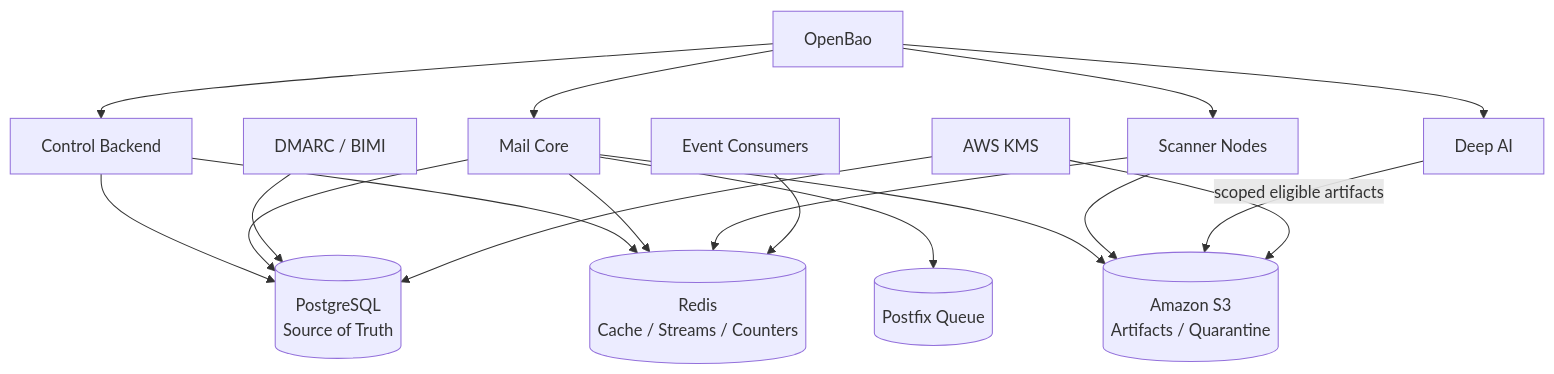
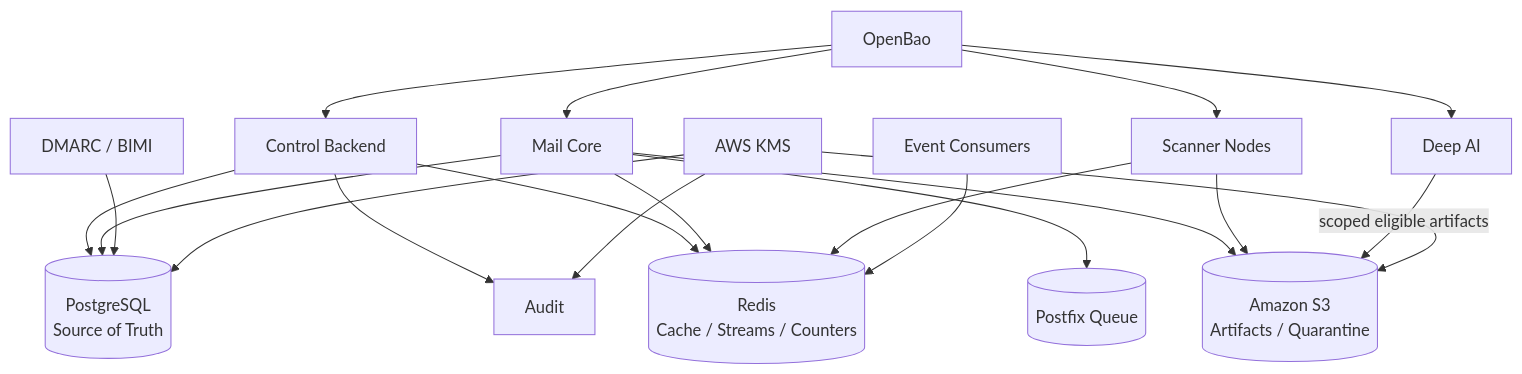
One commit to Oba-SEG/Nullapart changed the diagram in docs/diagrams/06-data-storage-flow.mmd. Above: the diagram before and after it, drawn with Mermaid.

Commit message:
docs: add authoritative admin audit storage

```diff
--- a/docs/diagrams/06-data-storage-flow.mmd
+++ b/docs/diagrams/06-data-storage-flow.mmd
@@ -1,39 +1,41 @@
 flowchart TB
     Control[Control Backend]
     MailCore[Mail Core]
     Scanners[Scanner Nodes]
     DeepAI[Deep AI]
     DMARC[DMARC / BIMI]
     Events[Event Consumers]
 
     PG[(PostgreSQL
 Source of Truth)]
     Redis[(Redis
 Cache / Streams / Counters)]
     S3[(Amazon S3
 Artifacts / Quarantine)]
     Queue[(Postfix Queue)]
     KMS[AWS KMS]
     Bao[OpenBao]
 
     Control --> PG
+    Control --> Audit
     Control --> Redis
 
     MailCore --> PG
     MailCore --> Redis
     MailCore --> Queue
     MailCore --> S3
 
     Scanners --> S3
     Scanners --> Redis
 
     DeepAI -->|scoped eligible artifacts| S3
     DMARC --> PG
     Events --> Redis
 
     KMS --> S3
     KMS --> PG
+    KMS --> Audit
     Bao --> Control
     Bao --> MailCore
     Bao --> Scanners
     Bao --> DeepAI
```
